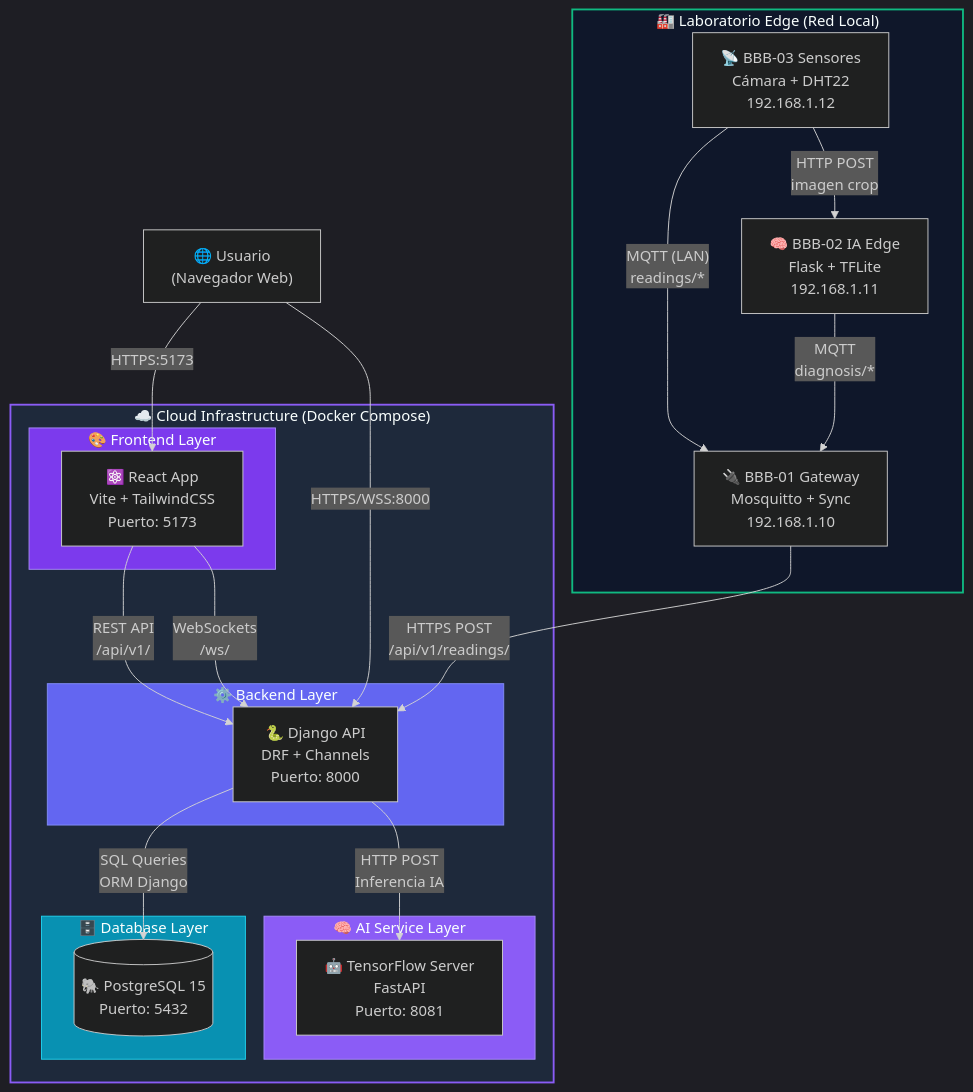
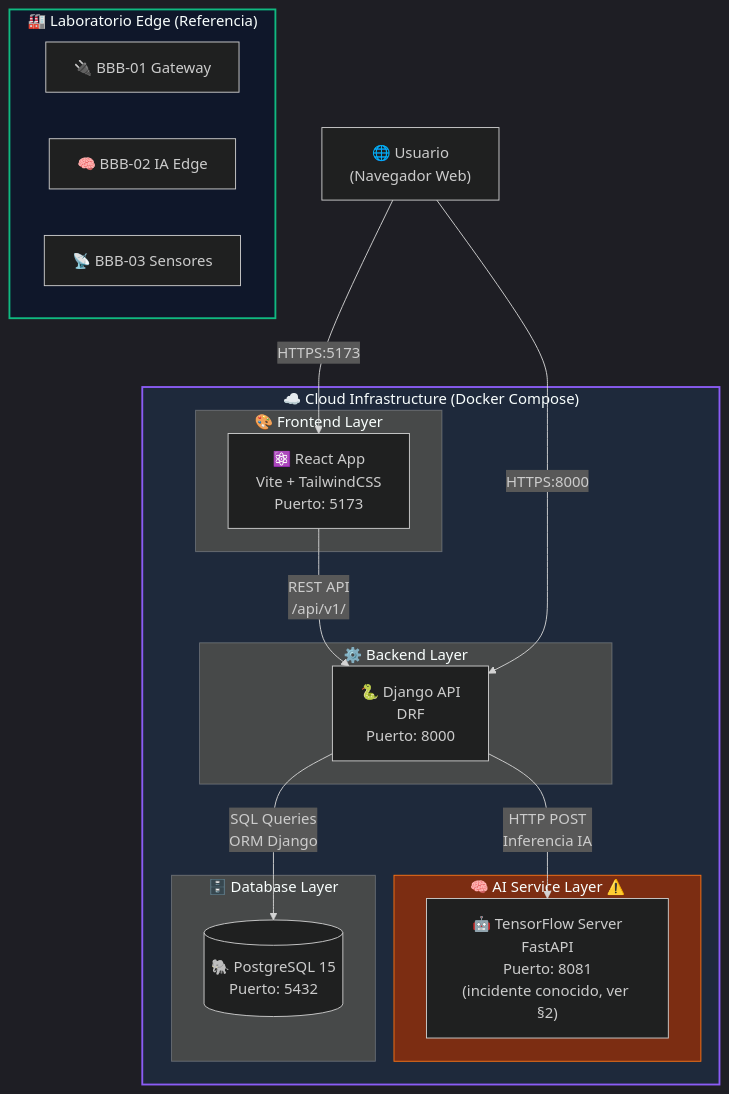
Before and after one commit to badolgm/sigcTiArural: the fourth of 5 diagrams in README.md, drawn with Mermaid. The commit also changed other lines of this file and 1 other file, not shown here.

````diff
--- a/README.md
+++ b/README.md
@@ -228,49 +270,40 @@
 ```mermaid
-%%{init: {'theme':'dark', 'themeVariables': { 'primaryColor':'#7c3aed'}}}%%
+%%{init: {'theme':'dark', 'flowchart': {'curve':'basis'}}}%%
 flowchart TB
     U["🌐 Usuario<br/>(Navegador Web)"]
 
     subgraph cloud["☁️ Cloud Infrastructure (Docker Compose)"]
         subgraph frontend["🎨 Frontend Layer"]
             FE["⚛️ React App<br/>Vite + TailwindCSS<br/>Puerto: 5173"]
         end
-        
+
         subgraph backend["⚙️ Backend Layer"]
-            API["🐍 Django API<br/>DRF + Channels<br/>Puerto: 8000"]
+            API["🐍 Django API<br/>DRF<br/>Puerto: 8000"]
         end
-        
-        subgraph ai["🧠 AI Service Layer"]
-            AIS["🤖 TensorFlow Server<br/>FastAPI<br/>Puerto: 8081"]
+
+        subgraph ai["🧠 AI Service Layer ⚠️"]
+            AIS["🤖 TensorFlow Server<br/>FastAPI<br/>Puerto: 8081<br/>(incidente conocido, ver §2)"]
         end
-        
+
         subgraph db["🗄️ Database Layer"]
             DB[("🐘 PostgreSQL 15<br/>Puerto: 5432")]
         end
-        
+
         FE -->|"REST API<br/>/api/v1/"| API
-        FE -->|"WebSockets<br/>/ws/"| API
         API -->|"SQL Queries<br/>ORM Django"| DB
         API -->|"HTTP POST<br/>Inferencia IA"| AIS
     end
 
-    subgraph edge["🏭 Laboratorio Edge (Red Local)"]
-        GW["🔌 BBB-01 Gateway<br/>Mosquitto + Sync<br/>192.168.1.10"]
-        IA_EDGE["🧠 BBB-02 IA Edge<br/>Flask + TFLite<br/>192.168.1.11"]
-        IOT["📡 BBB-03 Sensores<br/>Cámara + DHT22<br/>192.168.1.12"]
-        
-        IOT -->|"MQTT (LAN)<br/>readings/*"| GW
-        IOT -->|"HTTP POST<br/>imagen crop"| IA_EDGE
-        IA_EDGE -->|"MQTT<br/>diagnosis/*"| GW
+    subgraph edge["🏭 Laboratorio Edge (Referencia)"]
+        GW["🔌 BBB-01 Gateway"]
+        IA_EDGE["🧠 BBB-02 IA Edge"]
+        IOT["📡 BBB-03 Sensores"]
     end
 
     U -->|"HTTPS:5173"| FE
-    U -->|"HTTPS/WSS:8000"| API
-    GW -->|"HTTPS POST<br/>/api/v1/readings/"| API
+    U -->|"HTTPS:8000"| API
 
     style cloud fill:#1e293b,stroke:#8b5cf6,stroke-width:2px
     style edge fill:#0f172a,stroke:#10b981,stroke-width:2px
-    style frontend fill:#7c3aed,stroke:#a78bfa
-    style backend fill:#6366f1,stroke:#818cf8
-    style ai fill:#8b5cf6,stroke:#a78bfa
-    style db fill:#0891b2,stroke:#22d3ee
+    style ai fill:#7c2d12,stroke:#f97316
 ```
````
